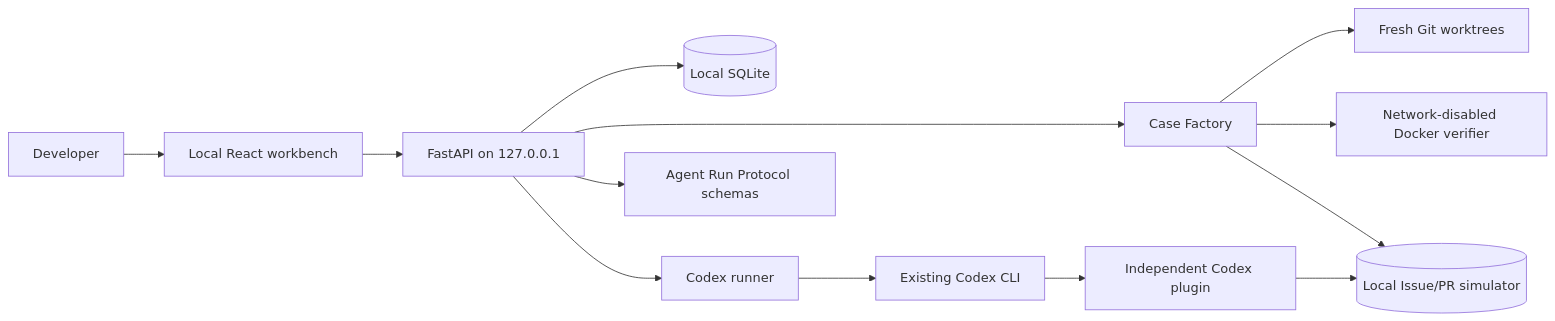
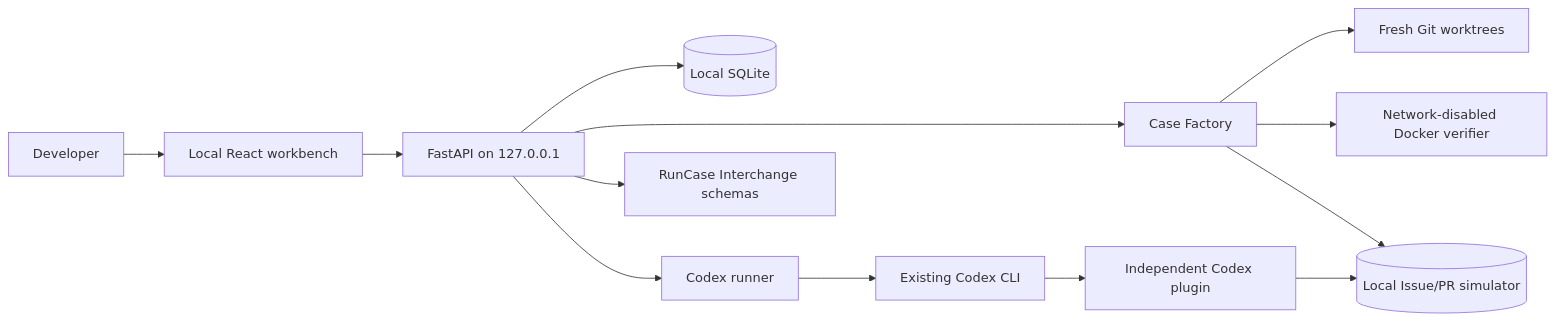
One commit to rrrrrredy/workflow-environment-factory changed the diagram in docs/architecture.md. Above: the diagram before and after it, drawn with Mermaid. The commit also changed other lines of this file and 21 other files, not shown here.

Commit message:
chore: migrate to RunCase Interchange

````diff
--- a/docs/architecture.md
+++ b/docs/architecture.md
@@ -5,15 +5,15 @@
 ```mermaid
 flowchart LR
     User[Developer] --> UI[Local React workbench]
     UI --> API[FastAPI on 127.0.0.1]
     API --> DB[(Local SQLite)]
     API --> Factory[Case Factory]
     Factory --> Git[Fresh Git worktrees]
     Factory --> Docker[Network-disabled Docker verifier]
     Factory --> Sim[(Local Issue/PR simulator)]
     API --> Runner[Codex runner]
     Runner --> Codex[Existing Codex CLI]
     Codex --> Plugin[Independent Codex plugin]
     Plugin --> Sim
-    API --> Protocol[Agent Run Protocol schemas]
+    API --> Protocol[RunCase Interchange schemas]
 ```
````
